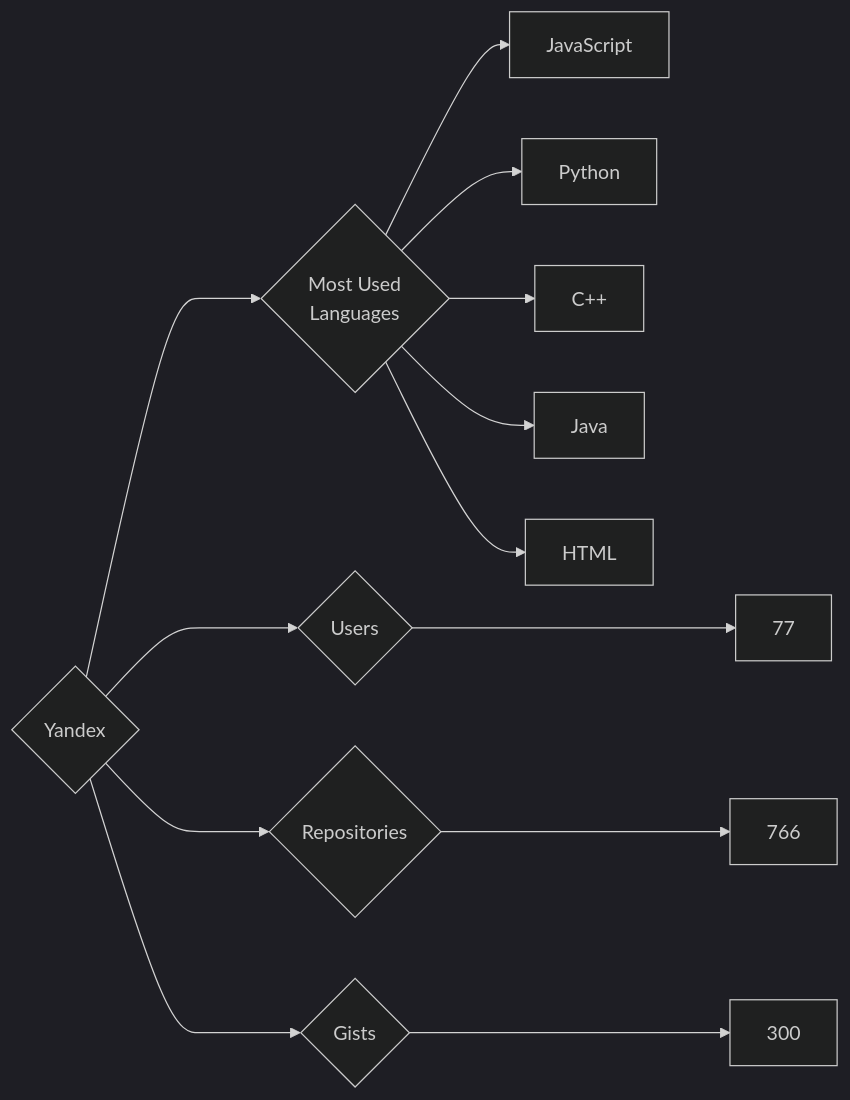
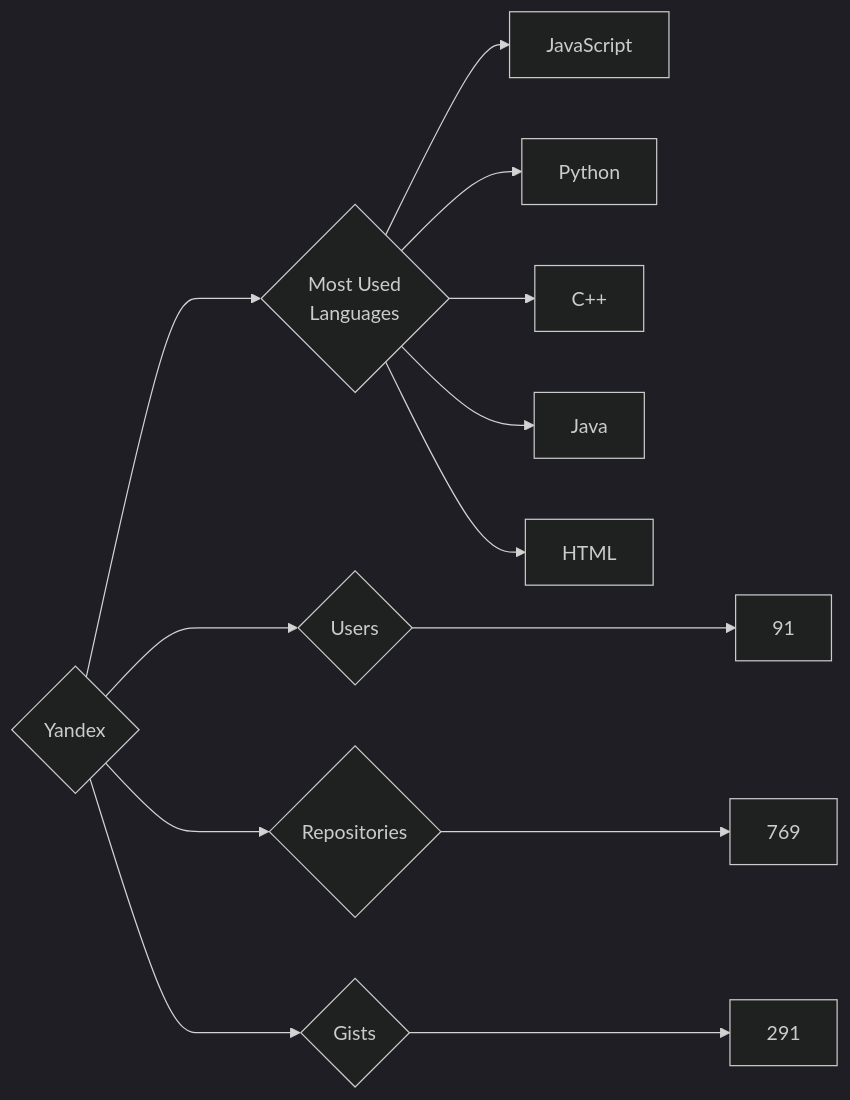
The diagram in targets/Yandex/README.md (trickest/insiders), drawn with Mermaid (dark theme) before and after one commit. The commit also changed 948 other files, not shown here.

````diff
--- a/targets/Yandex/README.md
+++ b/targets/Yandex/README.md
@@ -3,13 +3,13 @@
 ```mermaid
 graph LR
 COMPANY_NAME{Yandex}
-COMPANY_NAME ---> U{Users} ---> UN[77]
-COMPANY_NAME ---> R{Repositories} ---> RN[766]
-COMPANY_NAME ---> G{Gists} ---> GN[300]
+COMPANY_NAME ---> U{Users} ---> UN[91]
+COMPANY_NAME ---> R{Repositories} ---> RN[769]
+COMPANY_NAME ---> G{Gists} ---> GN[291]
 COMPANY_NAME ---> ML{Most Used<br>Languages}
 ML --> JavaScript[JavaScript]
 ML --> Python[Python]
 ML --> C++[C++]
 ML --> Java[Java]
 ML --> HTML[HTML]
 ```
````
